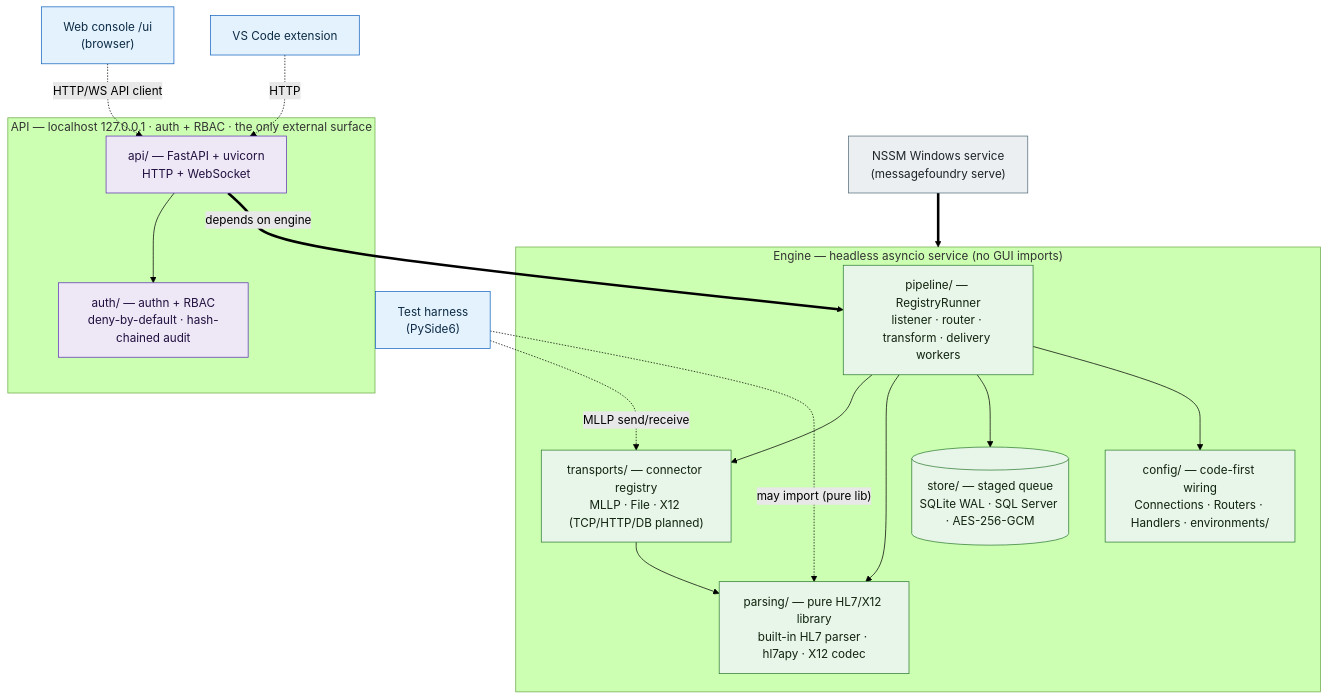
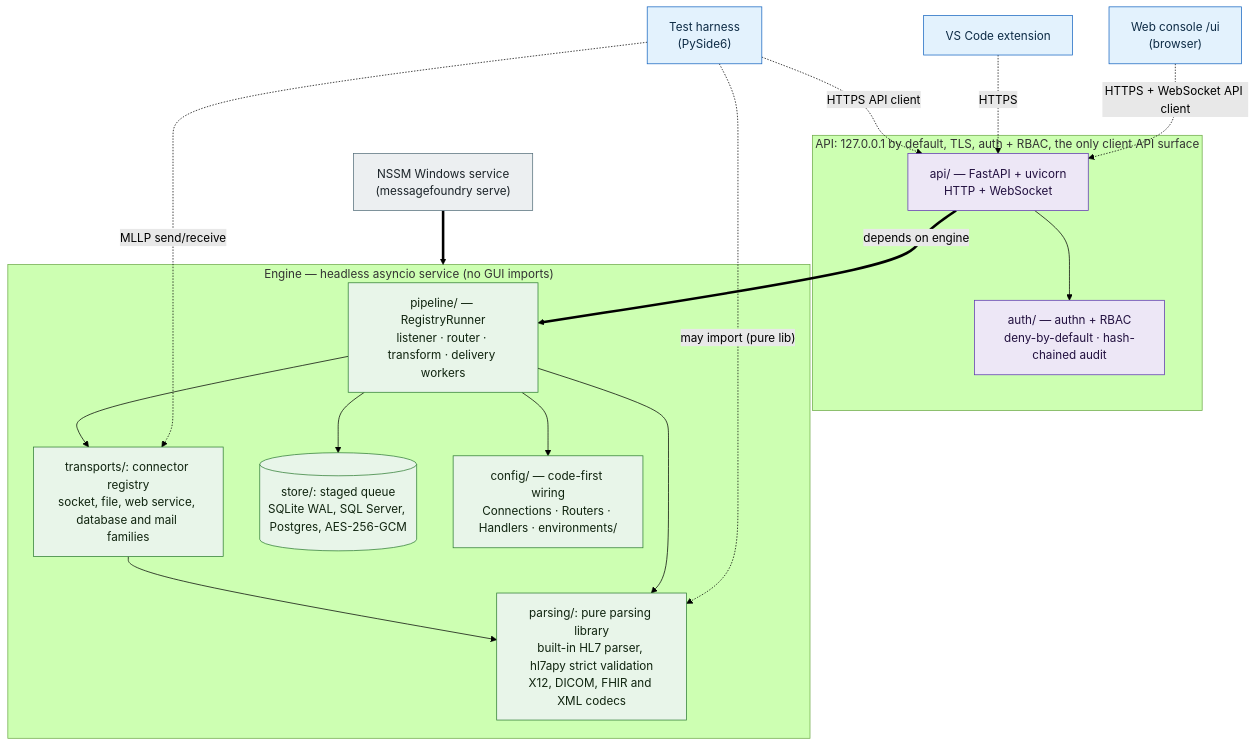
The second of 4 diagrams in docs/architecture-diagram.md (MEFORORG/MessageFoundry), drawn with Mermaid (forest theme) before and after one commit. The commit also changed other lines of this file and 9 other files, not shown here.

First line of the commit message:
docs(architecture): one home per diagram, labels checked against the code

````diff
--- a/docs/architecture-diagram.md
+++ b/docs/architecture-diagram.md
@@ -128,42 +166,43 @@
 ```mermaid
 flowchart TB
   classDef client fill:#e3f2fd,stroke:#1565c0,color:#0d2b45;
   classDef api fill:#ede7f6,stroke:#5e35b1,color:#22103f;
   classDef engine fill:#e8f5e9,stroke:#2e7d32,color:#10240f;
   classDef deploy fill:#eceff1,stroke:#546e7a,color:#1c2429;
 
   CON["Web console /ui<br/>(browser)"]:::client
   IDE["VS Code extension"]:::client
   HARNESS["Test harness<br/>(PySide6)"]:::client
 
-  subgraph API_BND["API — localhost 127.0.0.1 · auth + RBAC · the only external surface"]
+  subgraph API_BND["API: 127.0.0.1 by default, TLS, auth + RBAC, the only client API surface"]
     API["api/ — FastAPI + uvicorn<br/>HTTP + WebSocket"]:::api
     AUTH["auth/ — authn + RBAC<br/>deny-by-default · hash-chained audit"]:::api
   end
 
   subgraph ENGINE["Engine — headless asyncio service (no GUI imports)"]
     PIPE["pipeline/ — RegistryRunner<br/>listener · router · transform · delivery workers"]:::engine
-    TRANS["transports/ — connector registry<br/>MLLP · File · X12 (TCP/HTTP/DB planned)"]:::engine
-    PARSE["parsing/ — pure HL7/X12 library<br/>built-in HL7 parser · hl7apy · X12 codec"]:::engine
-    STORE[("store/ — staged queue<br/>SQLite WAL · SQL Server · AES-256-GCM")]:::engine
+    TRANS["transports/: connector registry<br/>socket, file, web service, database and mail families"]:::engine
+    PARSE["parsing/: pure parsing library<br/>built-in HL7 parser, hl7apy strict validation<br/>X12, DICOM, FHIR and XML codecs"]:::engine
+    STORE[("store/: staged queue<br/>SQLite WAL, SQL Server, Postgres, AES-256-GCM")]:::engine
     CFG["config/ — code-first wiring<br/>Connections · Routers · Handlers · environments/"]:::engine
   end
 
   NSSM["NSSM Windows service<br/>(messagefoundry serve)"]:::deploy
 
-  CON -.->|"HTTP/WS API client"| API
-  IDE -.->|"HTTP"| API
+  CON -.->|"HTTPS + WebSocket API client"| API
+  IDE -.->|"HTTPS"| API
+  HARNESS -.->|"HTTPS API client"| API
   HARNESS -.->|"MLLP send/receive"| TRANS
   HARNESS -.->|"may import (pure lib)"| PARSE
 
   API --> AUTH
   API ==>|"depends on engine"| PIPE
 
   PIPE --> TRANS
   PIPE --> PARSE
   PIPE --> STORE
   PIPE --> CFG
   TRANS --> PARSE
 
   NSSM ==> ENGINE
 ```
````
